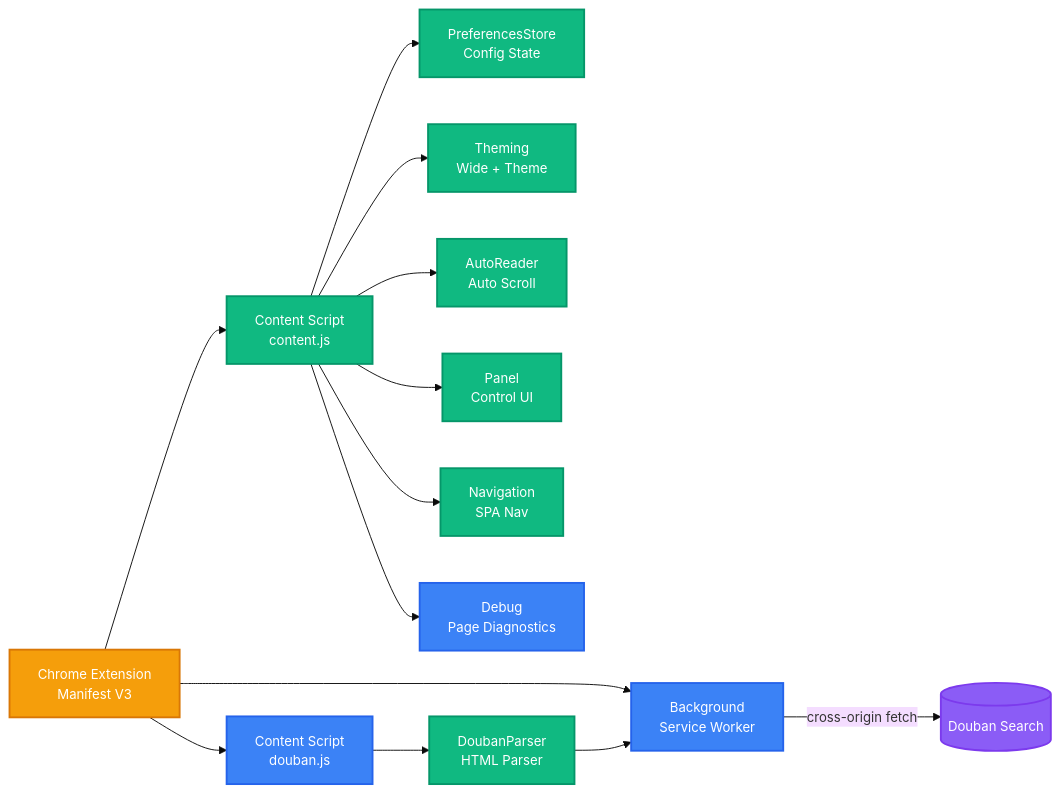
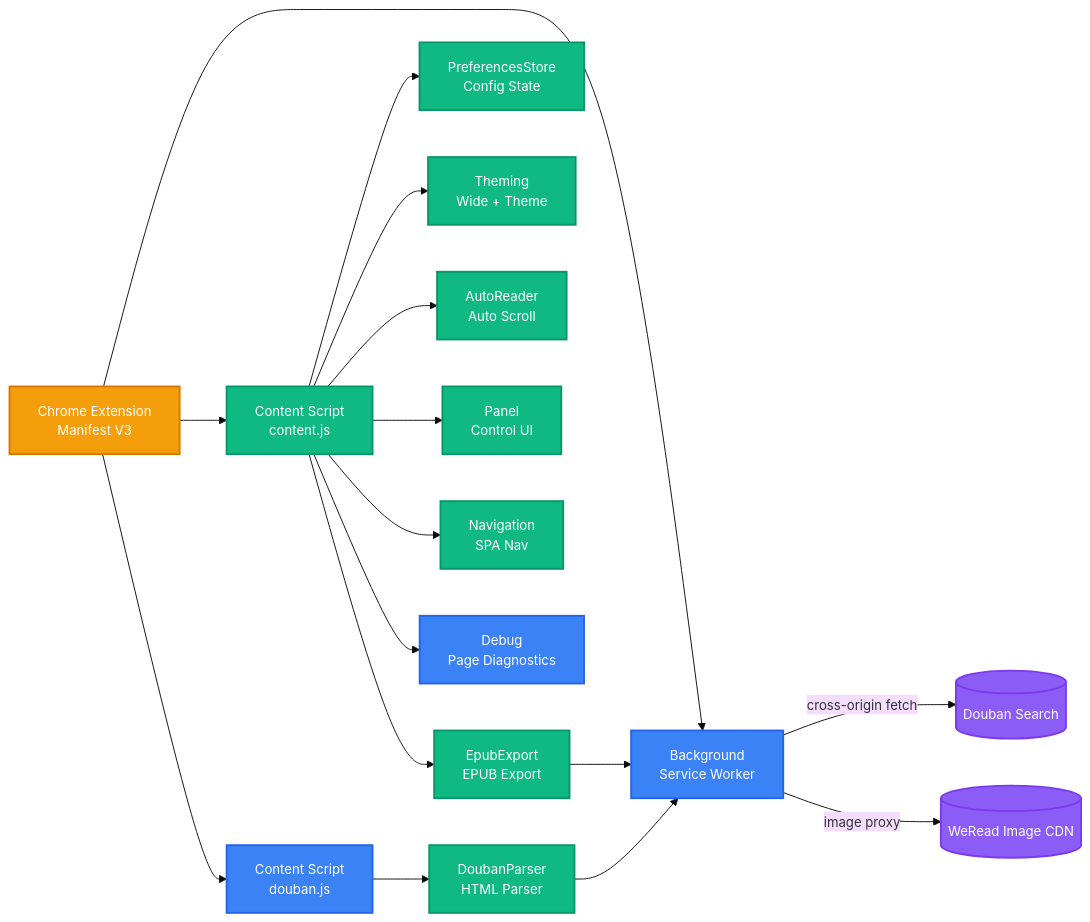
One commit to EwenYoung/weread-plus changed the diagram in README-en.md. Above: the diagram before and after it, drawn with Mermaid. The commit also changed other lines of this file and 3 other files, not shown here.

````diff
--- a/README-en.md
+++ b/README-en.md
@@ -88,26 +93,29 @@
 ```mermaid
 %%{init: {'theme': 'base', 'themeVariables': {'fontSize': '14px'}}}%%
 graph LR
     A[Chrome Extension<br/>Manifest V3] --> B[Background<br/>Service Worker]
     A --> C[Content Script<br/>content.js]
     A --> D[Content Script<br/>douban.js]
     C --> E[PreferencesStore<br/>Config State]
     C --> F[Theming<br/>Wide + Theme]
     C --> G[AutoReader<br/>Auto Scroll]
     C --> H[Panel<br/>Control UI]
     C --> I[Navigation<br/>SPA Nav]
     C --> J[Debug<br/>Page Diagnostics]
     D --> K[DoubanParser<br/>HTML Parser]
+    C --> M[EpubExport<br/>EPUB Export]
     K --> B
+    M --> B
     B -- cross-origin fetch --> L[(Douban Search)]
+    B -- image proxy --> N[(WeRead Image CDN)]
 
     classDef client fill:#3B82F6,stroke:#2563EB,color:#fff,stroke-width:2px
     classDef service fill:#10B981,stroke:#059669,color:#fff,stroke-width:2px
     classDef data fill:#8B5CF6,stroke:#7C3AED,color:#fff,stroke-width:2px
     classDef gateway fill:#F59E0B,stroke:#D97706,color:#fff,stroke-width:2px
 
     class A gateway
     class B,D,J client
-    class C,E,F,G,H,I,K service
-    class L data
+    class C,E,F,G,H,I,K,M service
+    class L,N data
 ```
````
